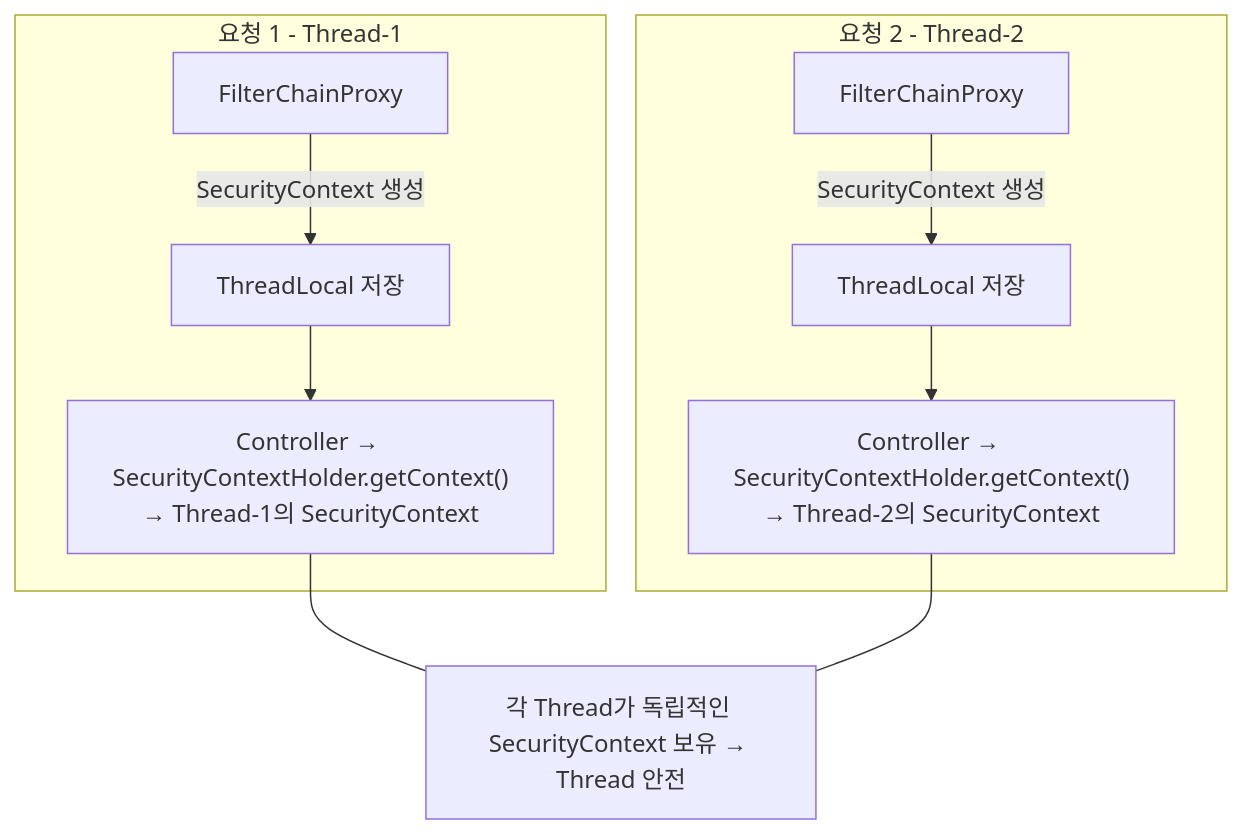
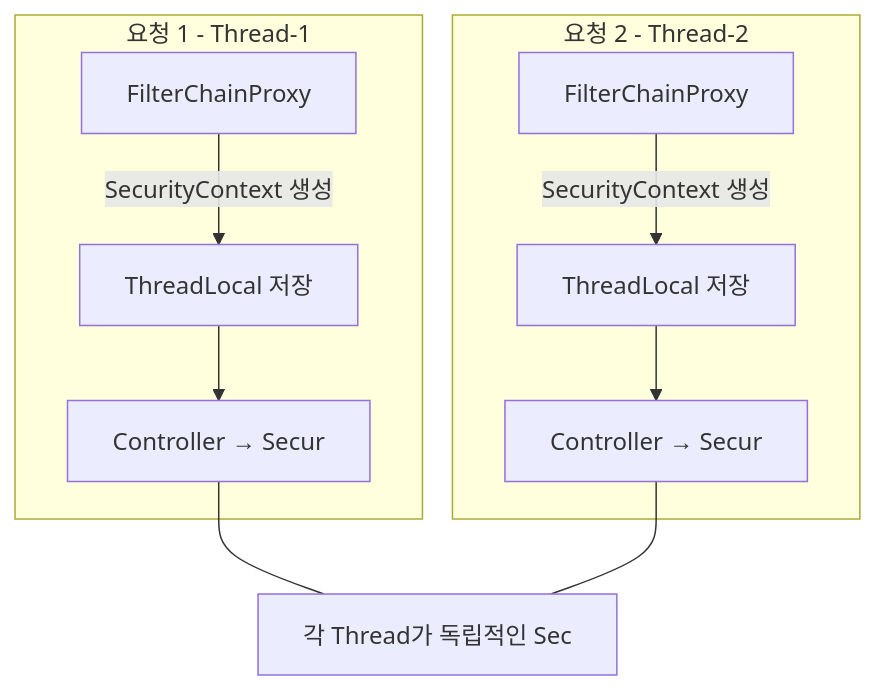
Before and after one commit to yjkim2015/yjkim2015.github.io: the fourth of 5 diagrams in _posts/spring/2026-05-01-spring-security-architecture.md, drawn with Mermaid. The commit also changed other lines of this file and 271 other files, not shown here.

First line of the commit message:
Mermaid 라벨 축소: 긴 노드 텍스트 18자 이하로 트림 + \n 제거

````diff
--- a/_posts/spring/2026-05-01-spring-security-architecture.md
+++ b/_posts/spring/2026-05-01-spring-security-architecture.md
@@ -183,13 +183,13 @@
 ```mermaid
 graph TD
     subgraph "요청 1 - Thread-1"
         A1["FilterChainProxy"] -->|"SecurityContext 생성"| B1["ThreadLocal 저장"]
-        B1 --> C1["Controller → SecurityContextHolder.getContext()<br>→ Thread-1의 SecurityContext"]
+        B1 --> C1["Controller → Secur"]
     end
     subgraph "요청 2 - Thread-2"
         A2["FilterChainProxy"] -->|"SecurityContext 생성"| B2["ThreadLocal 저장"]
-        B2 --> C2["Controller → SecurityContextHolder.getContext()<br>→ Thread-2의 SecurityContext"]
+        B2 --> C2["Controller → Secur"]
     end
-    C1 --- NOTE["각 Thread가 독립적인 SecurityContext 보유 → Thread 안전"]
+    C1 --- NOTE["각 Thread가 독립적인 Sec"]
     C2 --- NOTE
 ```
````
